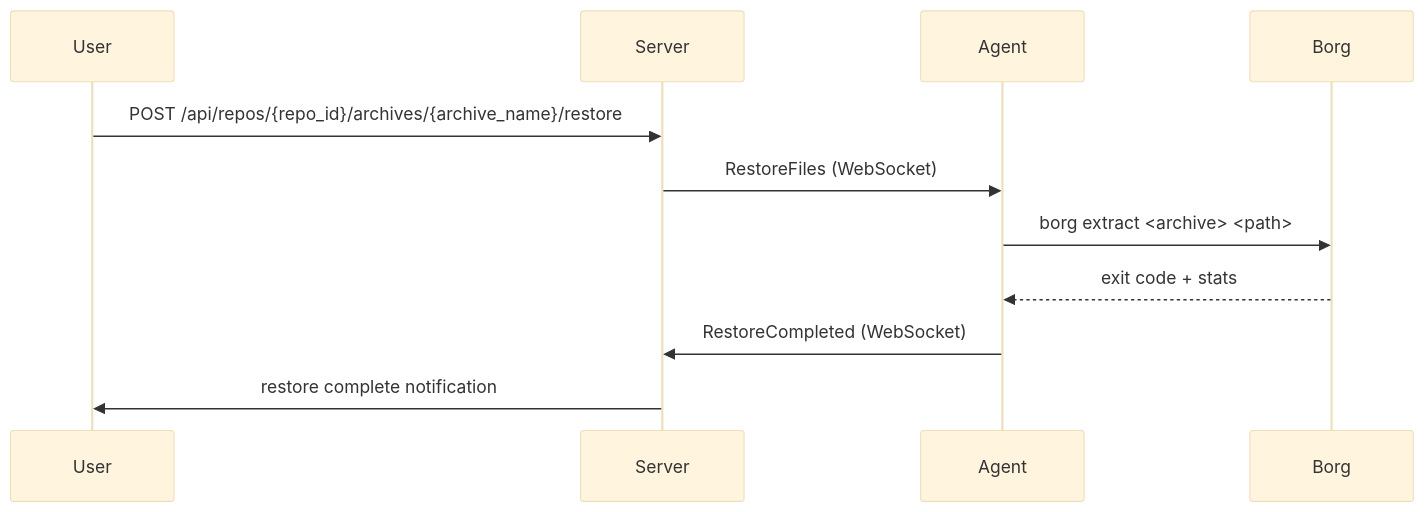
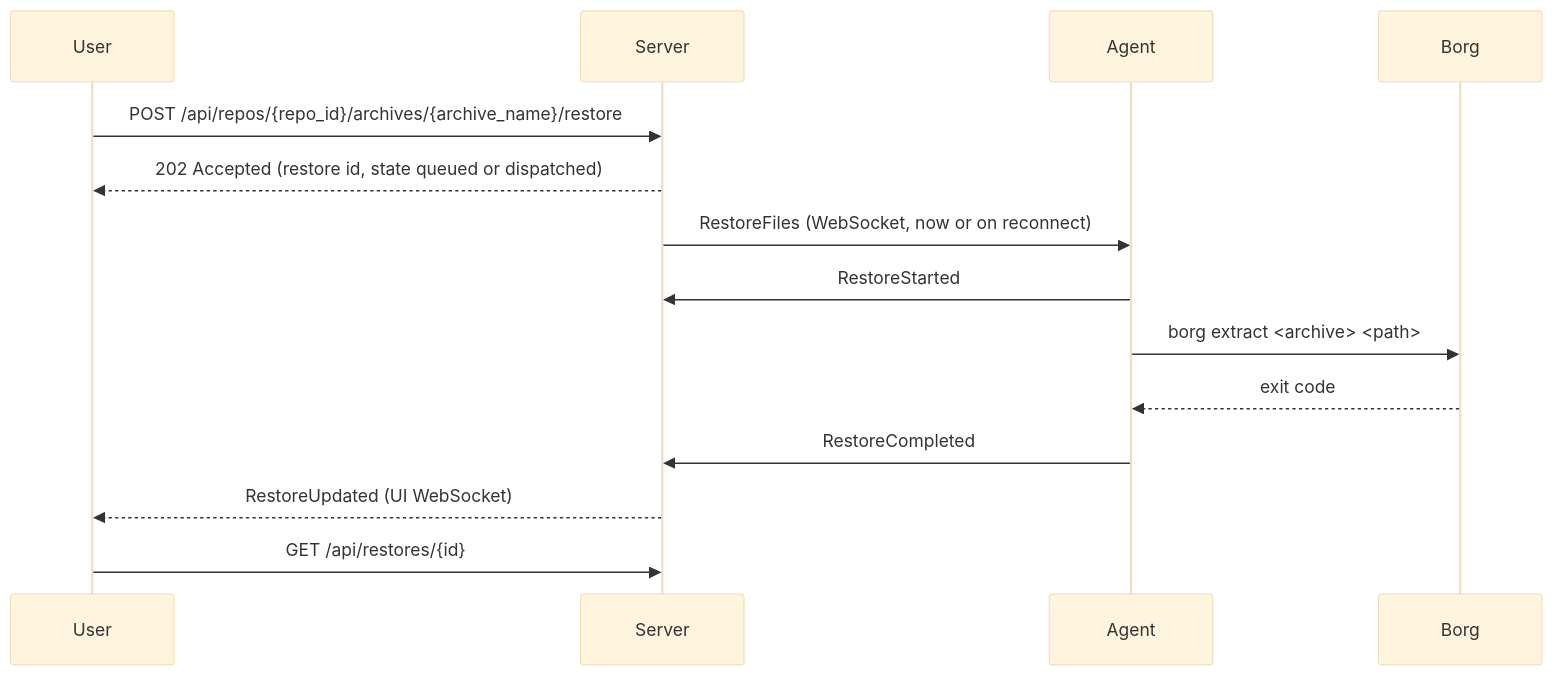
One commit to alexmohr/assimilate changed the diagram in docs/restore.md. Above: the diagram before and after it, drawn with Mermaid (base theme). The commit also changed other lines of this file and 61 other files, not shown here.

````diff
--- a/docs/restore.md
+++ b/docs/restore.md
@@ -62,14 +73,17 @@
 ```mermaid
 sequenceDiagram
     participant User
     participant Server
     participant Agent
     participant Borg
 
     User->>Server: POST /api/repos/{repo_id}/archives/{archive_name}/restore
-    Server->>Agent: RestoreFiles (WebSocket)
+    Server-->>User: 202 Accepted (restore id, state queued or dispatched)
+    Server->>Agent: RestoreFiles (WebSocket, now or on reconnect)
+    Agent->>Server: RestoreStarted
     Agent->>Borg: borg extract <archive> <path>
-    Borg-->>Agent: exit code + stats
-    Agent->>Server: RestoreCompleted (WebSocket)
-    Server->>User: restore complete notification
+    Borg-->>Agent: exit code
+    Agent->>Server: RestoreCompleted
+    Server-->>User: RestoreUpdated (UI WebSocket)
+    User->>Server: GET /api/restores/{id}
 ```
````
